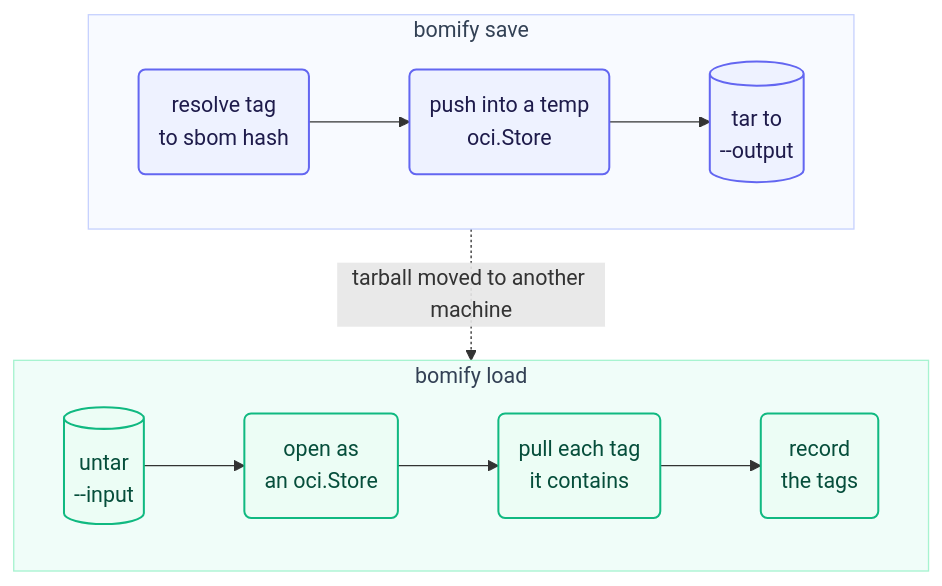
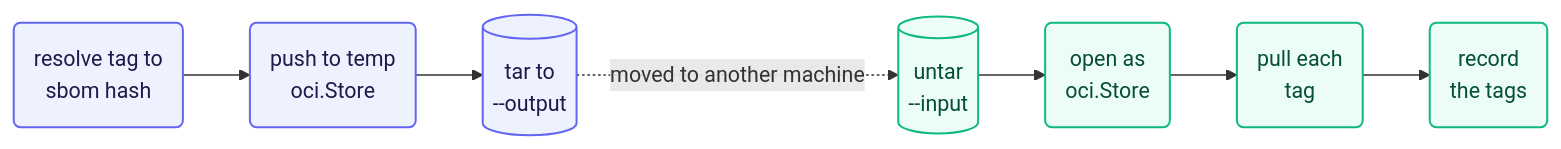
One commit to alejandro-velasco/bomify changed the diagram in docs/diagrams/save-load.mmd. Above: the diagram before and after it, drawn with Mermaid. The commit also changed 1 other file, not shown here.

Commit message:
docs(mermaid): update save/load diagram for better readability in ARCHITECTURE.md

```diff
--- a/docs/diagrams/save-load.mmd
+++ b/docs/diagrams/save-load.mmd
@@ -1,20 +1,10 @@
-flowchart TD
+flowchart LR
     classDef saveStep fill:#EEF2FF,stroke:#6366F1,stroke-width:1.5px,color:#1e1b4b
     classDef loadStep fill:#ECFDF5,stroke:#10B981,stroke-width:1.5px,color:#064e3b
 
-    subgraph Save["bomify save"]
-        direction LR
-        S1("resolve tag<br/>to sbom hash") --> S2("push into a temp<br/>oci.Store") --> S3[("tar to<br/>--output")]
-    end
-
-    S3 -.->|"tarball moved to another machine"| L1
-
-    subgraph Load["bomify load"]
-        direction LR
-        L1[("untar<br/>--input")] --> L2("open as<br/>an oci.Store") --> L3("pull each tag<br/>it contains") --> L4("record<br/>the tags")
-    end
+    S1("resolve tag to<br/>sbom hash") --> S2("push to temp<br/>oci.Store") --> S3[("tar to<br/>--output")]
+    S3 -.->|"moved to another machine"| L1[("untar<br/>--input")]
+    L1 --> L2("open as<br/>oci.Store") --> L3("pull each<br/>tag") --> L4("record<br/>the tags")
 
     class S1,S2,S3 saveStep
     class L1,L2,L3,L4 loadStep
-    style Save fill:#F8FAFF,stroke:#C7D2FE,stroke-width:1px,color:#334155
-    style Load fill:#F0FDF9,stroke:#A7F3D0,stroke-width:1px,color:#334155
```
